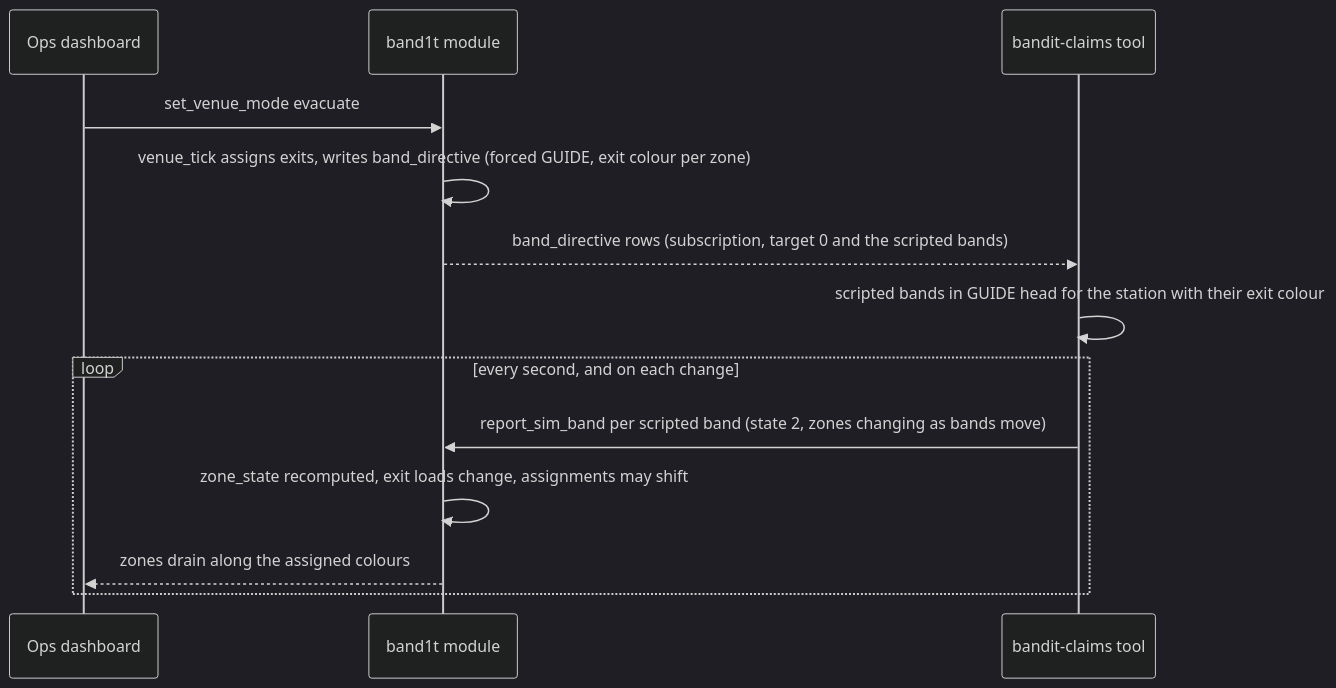
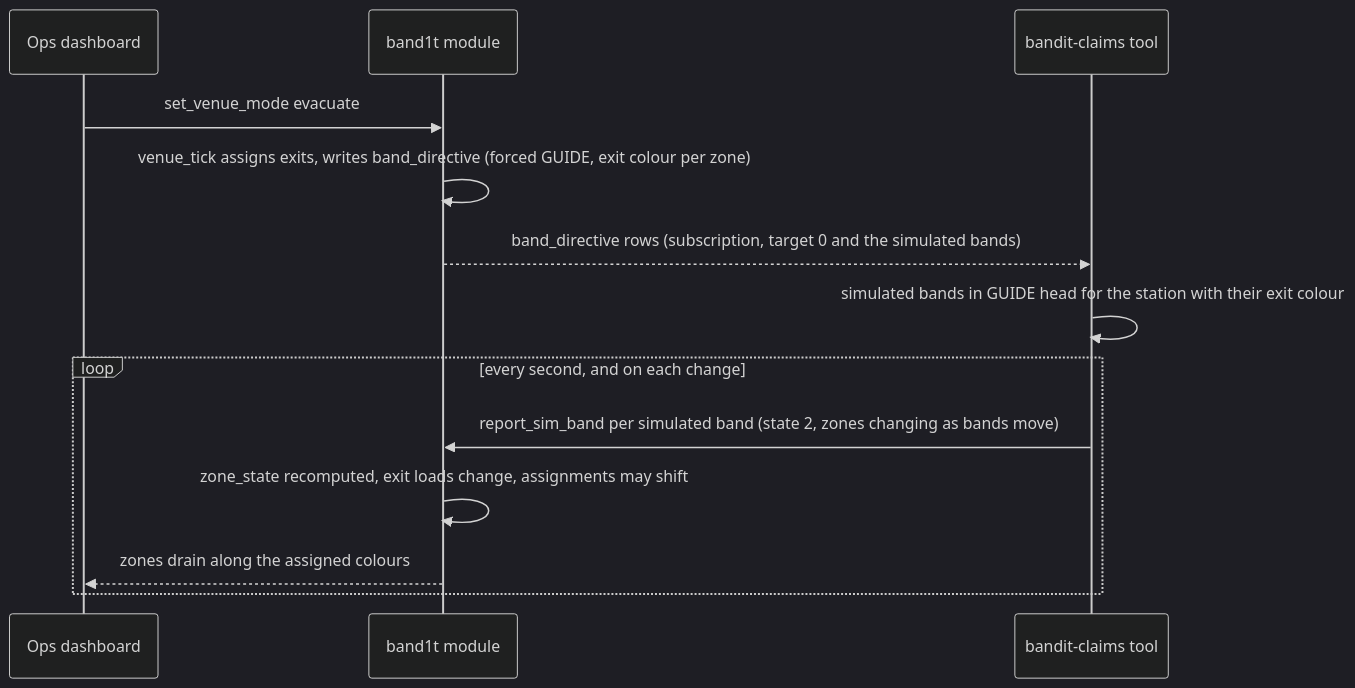
The second of 2 diagrams in System Design/3-services/Simulator.md (viktorinkov/cal-hacks-13), drawn with Mermaid (dark theme) before and after one commit. The commit also changed other lines of this file and 19 other files, not shown here.

````diff
--- a/System Design/3-services/Simulator.md
+++ b/System Design/3-services/Simulator.md
@@ -108,15 +108,15 @@
 ```mermaid
 sequenceDiagram
     participant O as Ops dashboard
     participant M as band1t module
     participant S as bandit-claims tool
     O->>M: set_venue_mode evacuate
     M->>M: venue_tick assigns exits, writes band_directive (forced GUIDE, exit colour per zone)
-    M-->>S: band_directive rows (subscription, target 0 and the scripted bands)
-    S->>S: scripted bands in GUIDE head for the station with their exit colour
+    M-->>S: band_directive rows (subscription, target 0 and the simulated bands)
+    S->>S: simulated bands in GUIDE head for the station with their exit colour
     loop every second, and on each change
-        S->>M: report_sim_band per scripted band (state 2, zones changing as bands move)
+        S->>M: report_sim_band per simulated band (state 2, zones changing as bands move)
         M->>M: zone_state recomputed, exit loads change, assignments may shift
         M-->>O: zones drain along the assigned colours
     end
 ```
````
